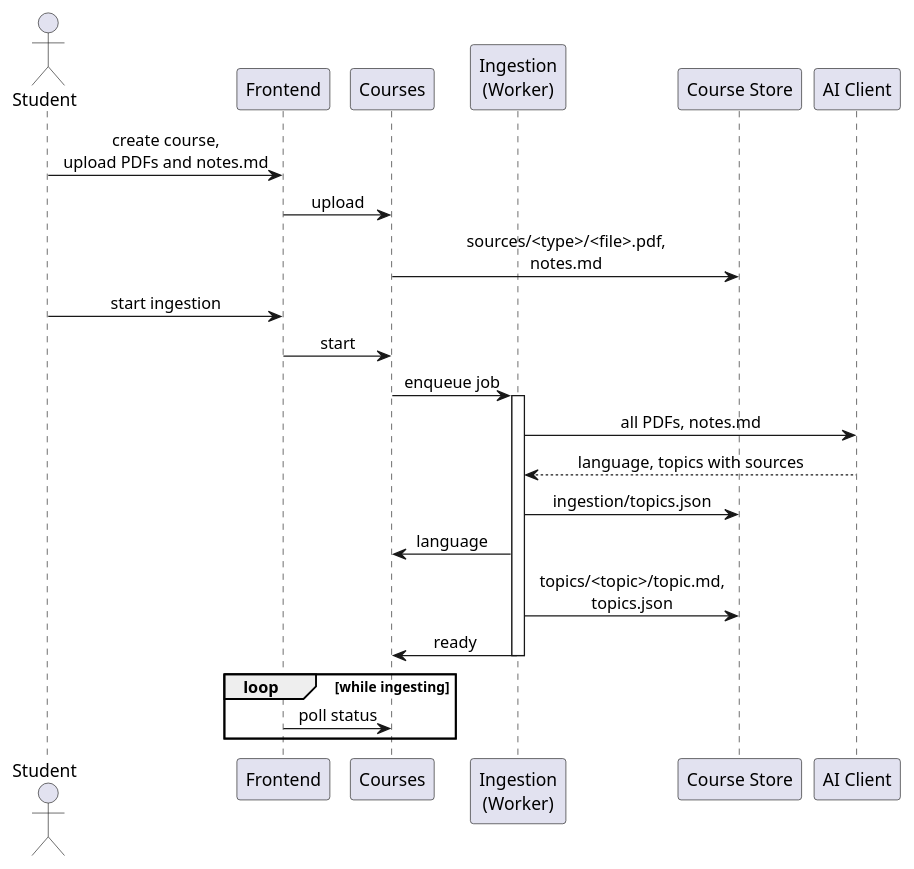
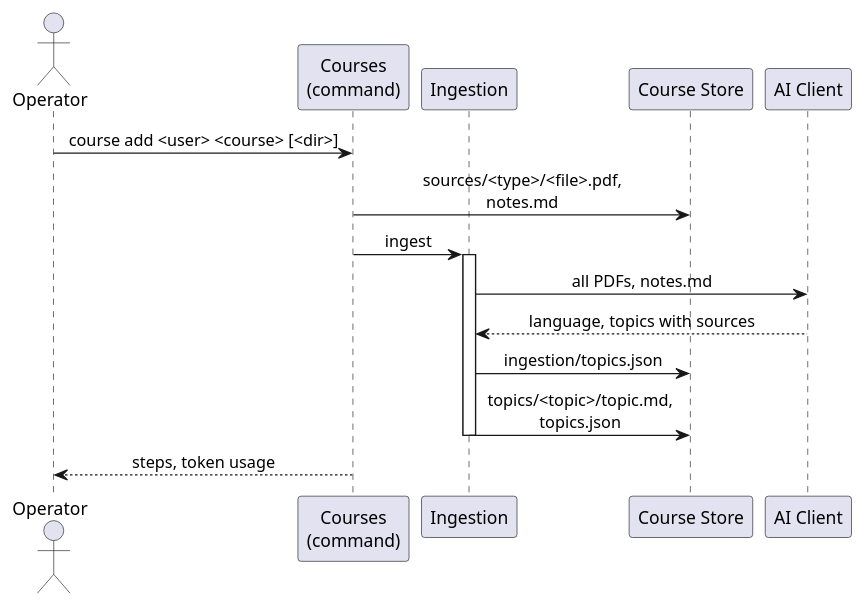
One commit to leon-hrk/iknownothing changed the diagram in docs/arc42/diagrams/runtime-ingestion.puml. Above: the diagram before and after it, drawn with PlantUML. The commit also changed 42 other files, not shown here.

First line of the commit message:
feat: add Docker setup, users, and operator courses

```diff
--- a/docs/arc42/diagrams/runtime-ingestion.puml
+++ b/docs/arc42/diagrams/runtime-ingestion.puml
@@ -1,32 +1,23 @@
 @startuml
 skinparam shadowing false
 skinparam defaultTextAlignment center
 
-actor "Student" as student
-participant "Frontend" as frontend
-participant "Courses" as courses
-participant "Ingestion\n(Worker)" as ingestion
+actor "Operator" as operator
+participant "Courses\n(command)" as courses
+participant "Ingestion" as ingestion
 participant "Course Store" as store
 participant "AI Client" as ai
 
-student -> frontend : create course,\nupload PDFs and notes.md
-frontend -> courses : upload
+operator -> courses : course add <user> <course> [<dir>]
 courses -> store : sources/<type>/<file>.pdf,\nnotes.md
-student -> frontend : start ingestion
-frontend -> courses : start
-courses -> ingestion : enqueue job
+courses -> ingestion : ingest
 activate ingestion
 
 ingestion -> ai : all PDFs, notes.md
 ai --> ingestion : language, topics with sources
 ingestion -> store : ingestion/topics.json
-ingestion -> courses : language
 
 ingestion -> store : topics/<topic>/topic.md,\ntopics.json
-ingestion -> courses : ready
 deactivate ingestion
-
-loop while ingesting
-  frontend -> courses : poll status
-end
+courses --> operator : steps, token usage
 @enduml
```
